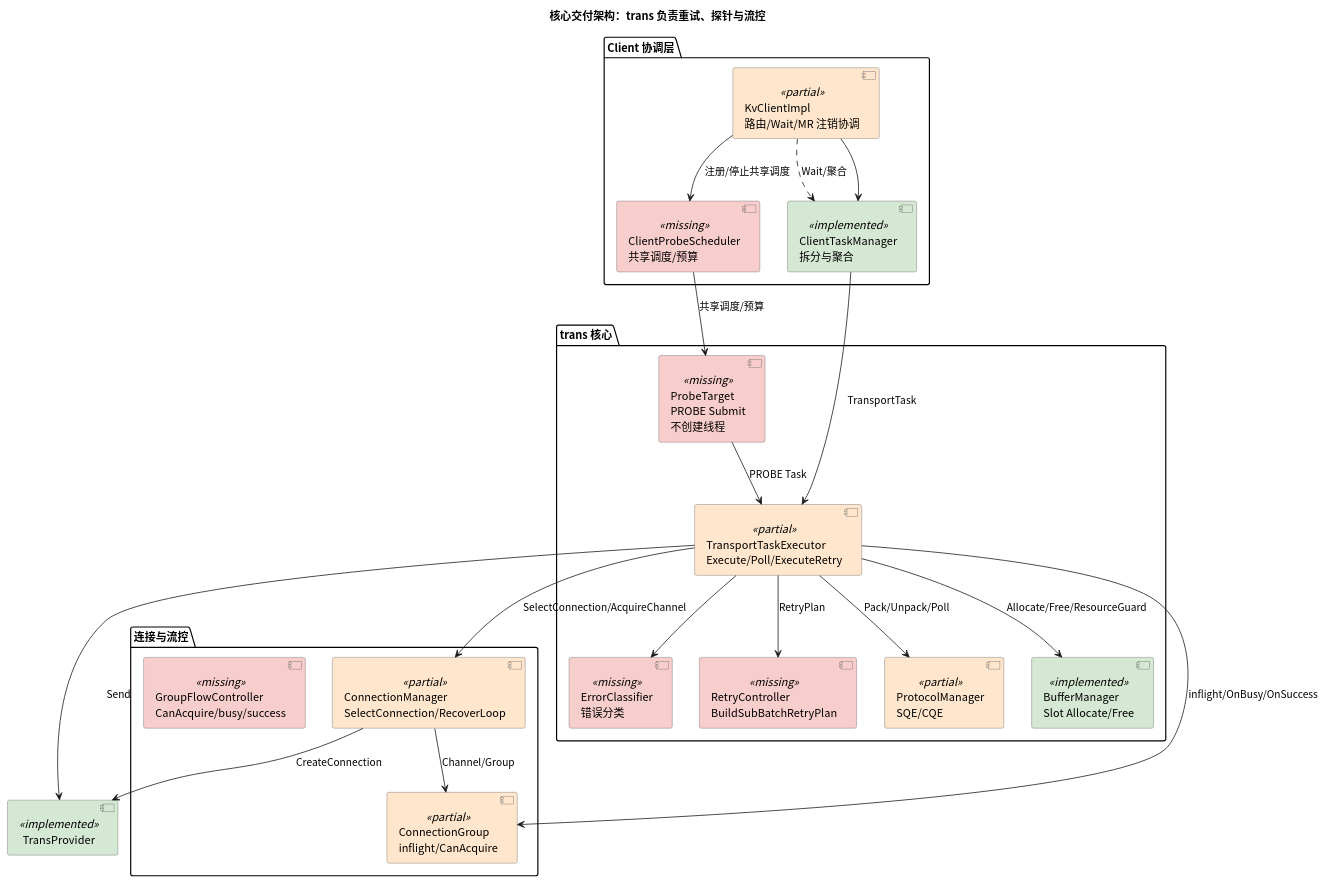
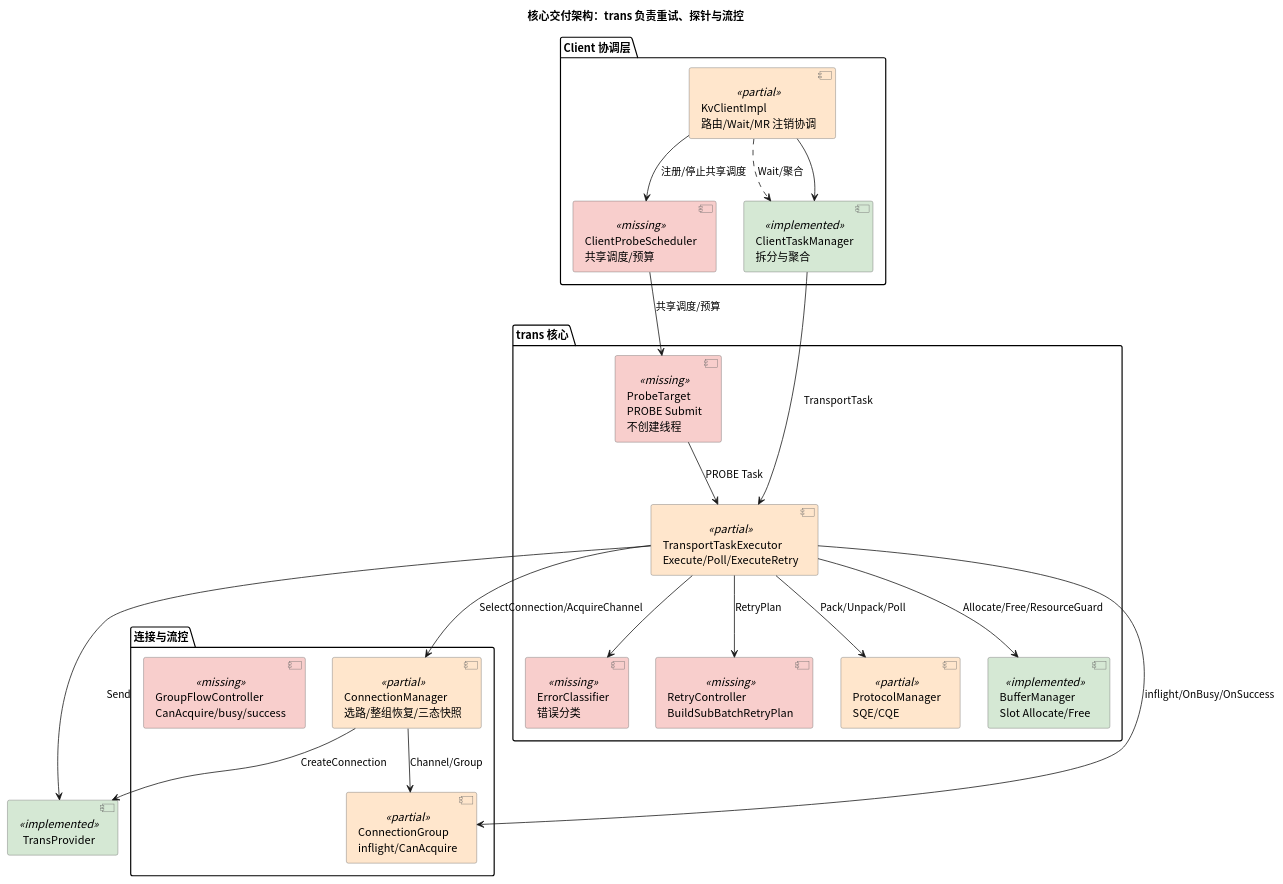
The first of 6 diagrams in kv_semantics/docs/SR20261025425863软件Story设计说明书.md (Shiqt233/unified-cache-management), drawn with PlantUML before and after one commit. The commit also changed other lines of this file, not shown here.

````diff
--- a/kv_semantics/docs/SR20261025425863软件Story设计说明书.md
+++ b/kv_semantics/docs/SR20261025425863软件Story设计说明书.md
@@ -136,47 +136,47 @@
 ```plantuml
 @startuml
 title 核心交付架构：trans 负责重试、探针与流控
 skinparam component {
   BackgroundColor<<implemented>> #D5E8D4
   BackgroundColor<<partial>> #FFE6CC
   BackgroundColor<<missing>> #F8CECC
   BorderColor #666666
 }
 skinparam defaultFontName "Noto Sans CJK SC"
 package "Client 协调层" {
   [KvClientImpl\n路由/Wait/MR 注销协调] as client <<partial>>
   [ClientTaskManager\n拆分与聚合] as ctm <<implemented>>
   [ClientProbeScheduler\n共享调度/预算] as probe <<missing>>
 }
 package "trans 核心" {
   [TransportTaskExecutor\nExecute/Poll/ExecuteRetry] as executor <<partial>>
   [ErrorClassifier\n错误分类] as classifier <<missing>>
   [RetryController\nBuildSubBatchRetryPlan] as retry <<missing>>
   [ProbeTarget\nPROBE Submit\n不创建线程] as probeTarget <<missing>>
   [ProtocolManager\nSQE/CQE] as protocol <<partial>>
   [BufferManager\nSlot Allocate/Free] as buffer <<implemented>>
 }
 package "连接与流控" {
-  [ConnectionManager\nSelectConnection/RecoverLoop] as conn <<partial>>
+  [ConnectionManager\n选路/整组恢复/三态快照] as conn <<partial>>
   [ConnectionGroup\ninflight/CanAcquire] as group <<partial>>
   [GroupFlowController\nCanAcquire/busy/success] as flow <<missing>>
 }
 [TransProvider] as provider <<implemented>>
 
 client --> ctm
 ctm --> executor : TransportTask
 executor --> classifier
 executor --> retry : RetryPlan
 executor --> conn : SelectConnection/AcquireChannel
 executor --> protocol : Pack/Unpack/Poll
 executor --> buffer : Allocate/Free/ResourceGuard
 executor --> group : inflight/OnBusy/OnSuccess
 conn --> group : Channel/Group
 probe --> probeTarget : 共享调度/预算
 probeTarget --> executor : PROBE Task
 executor --> provider : Send
 conn --> provider : CreateConnection
 client --> probe : 注册/停止共享调度
 client ..> ctm : Wait/聚合
 @enduml
 ```
````
